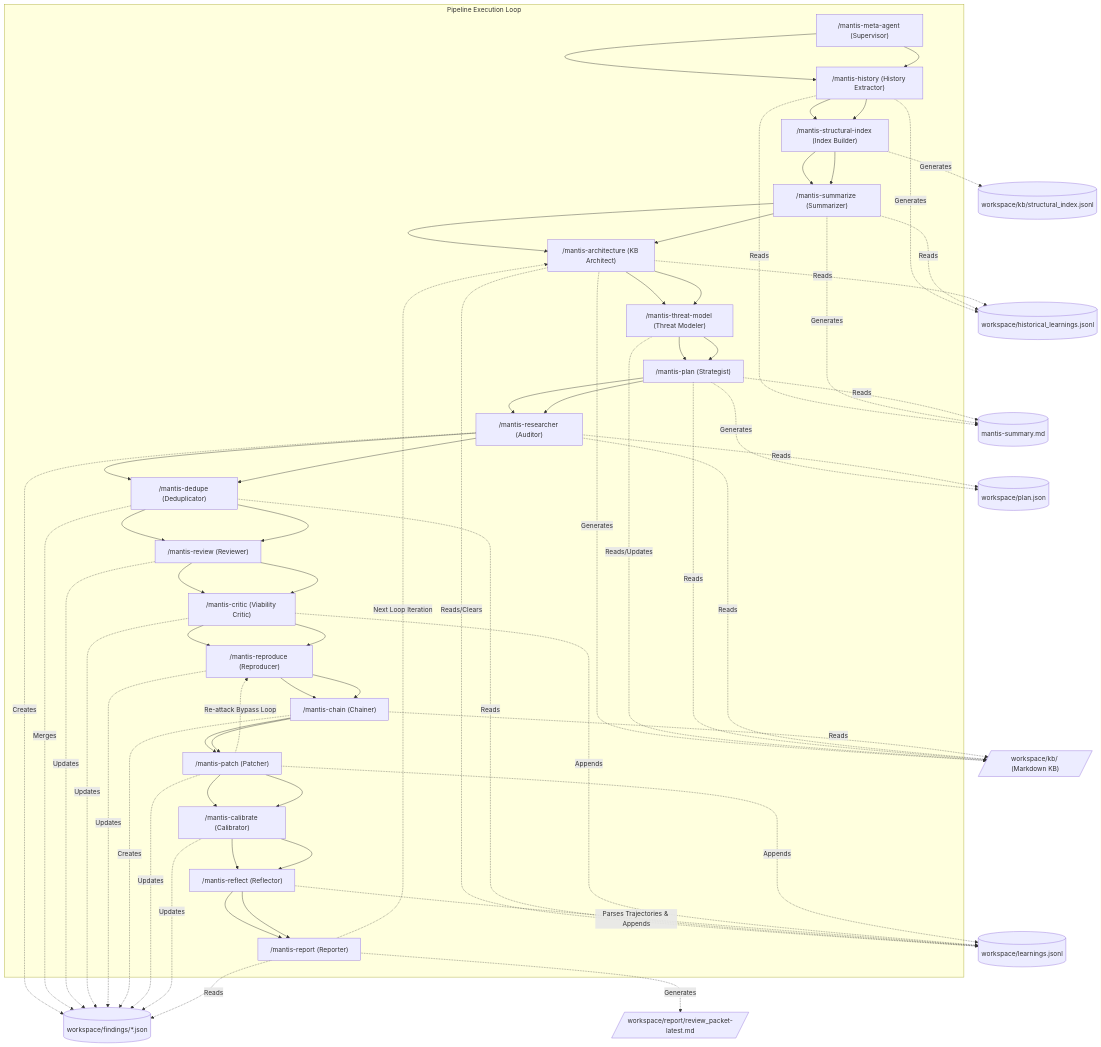
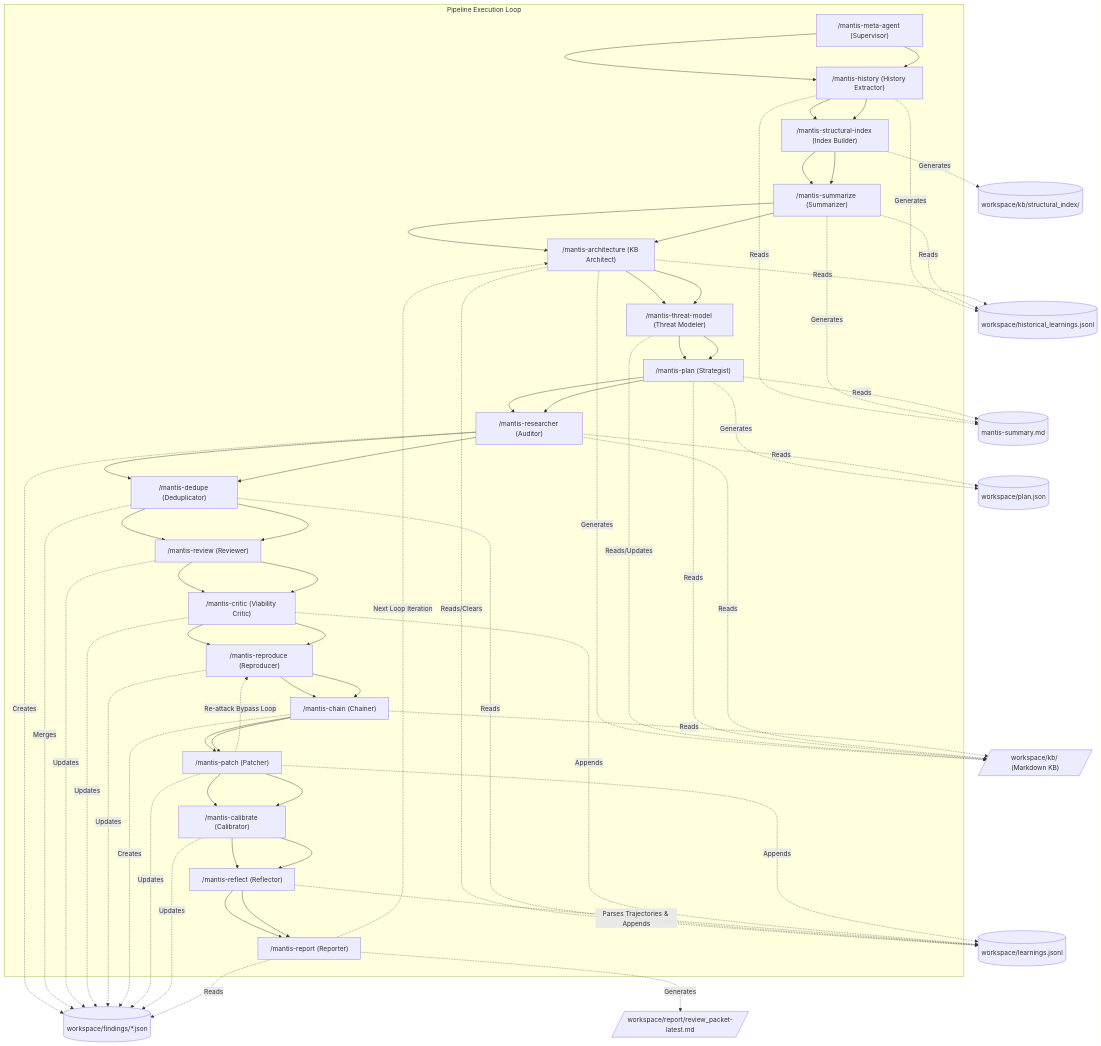
One commit to google/mantis changed the diagram in README_AGENTS.md. Above: the diagram before and after it, drawn with Mermaid. The commit also changed other lines of this file and 10 other files, not shown here.

Commit message:
Redesign structural index: semantic-unit caching, manifest, SQLite serving, bounded queries, deterministic coverage

````diff
--- a/README_AGENTS.md
+++ b/README_AGENTS.md
@@ -59,82 +59,82 @@
 ```mermaid
 graph TD
     subgraph CoreStages [Pipeline Execution Loop]
         Meta["/mantis-meta-agent (Supervisor)"] --> Hist["/mantis-history (History Extractor)"]
         Hist --> SI["/mantis-structural-index (Index Builder)"]
         SI --> Sum["/mantis-summarize (Summarizer)"]
         Sum --> Arch["/mantis-architecture (KB Architect)"]
         Arch --> TM["/mantis-threat-model (Threat Modeler)"]
         TM --> Plan["/mantis-plan (Strategist)"]
         Plan --> Res["/mantis-researcher (Auditor)"]
         Res --> Ded["/mantis-dedupe (Deduplicator)"]
         Ded --> Rev["/mantis-review (Reviewer)"]
         Rev --> Cri["/mantis-critic (Viability Critic)"]
         Cri --> Rep["/mantis-reproduce (Reproducer)"]
         Rep --> Cha["/mantis-chain (Chainer)"]
         Cha --> Pat["/mantis-patch (Patcher)"]
         Pat --> Cal["/mantis-calibrate (Calibrator)"]
         Cal --> Ref["/mantis-reflect (Reflector)"]
         Ref --> Rpt["/mantis-report (Reporter)"]
         Rpt -.->|Next Loop Iteration| Arch
     end
 
     FileHist[("workspace/historical_learnings.jsonl")]
-    FileSI[("workspace/kb/structural_index.jsonl")]
+    FileSI[("workspace/kb/structural_index/")]
     FileSum[("mantis-summary.md")]
     FileKB[/"workspace/kb/ (Markdown KB)"/]
     FilePlan[("workspace/plan.json")]
     FileFind[("workspace/findings/*.json")]
     FileLearn[("workspace/learnings.jsonl")]
     FileRpt[/"workspace/report/review_packet-latest.md"/]
 
     Meta --> Hist
     Hist --> SI
     SI --> Sum
     Sum --> Arch
     Arch --> TM
     TM --> Plan
     Plan --> Res
     Res --> Ded
     Ded --> Rev
     Rev --> Cri
     Cri --> Rep
     Rep --> Cha
     Cha --> Pat
     Pat -.->|Re-attack Bypass Loop| Rep
     Pat --> Cal
     Cal --> Ref
     Ref --> Rpt
 
     Hist -.->|Generates| FileHist
     SI -.->|Generates| FileSI
     Hist -.->|Reads| FileSum
     Sum -.->|Reads| FileHist
     Sum -.->|Generates| FileSum
     Arch -.->|Reads| FileHist
     Arch -.->|Generates| FileKB
     Arch -.->|Reads/Clears| FileLearn
     TM -.->|Reads/Updates| FileKB
     Plan -.->|Reads| FileKB
     Plan -.->|Reads| FileSum
     Plan -.->|Generates| FilePlan
 
     Res -.->|Reads| FilePlan
     Res -.->|Reads| FileKB
     Res -.->|Creates| FileFind
     Ded -.->|Reads| FileLearn
     Ded -.->|Merges| FileFind
     Rev -.->|Updates| FileFind
     Cri -.->|Updates| FileFind
     Rep -.->|Updates| FileFind
     Cha -.->|Reads| FileKB
     Cha -.->|Creates| FileFind
     Pat -.->|Updates| FileFind
     Cal -.->|Updates| FileFind
 
     Ref -.->|Parses Trajectories & Appends| FileLearn
     Cri -.->|Appends| FileLearn
     Pat -.->|Appends| FileLearn
 
     Rpt -.->|Reads| FileFind
     Rpt -.->|Generates| FileRpt
 ```
````
